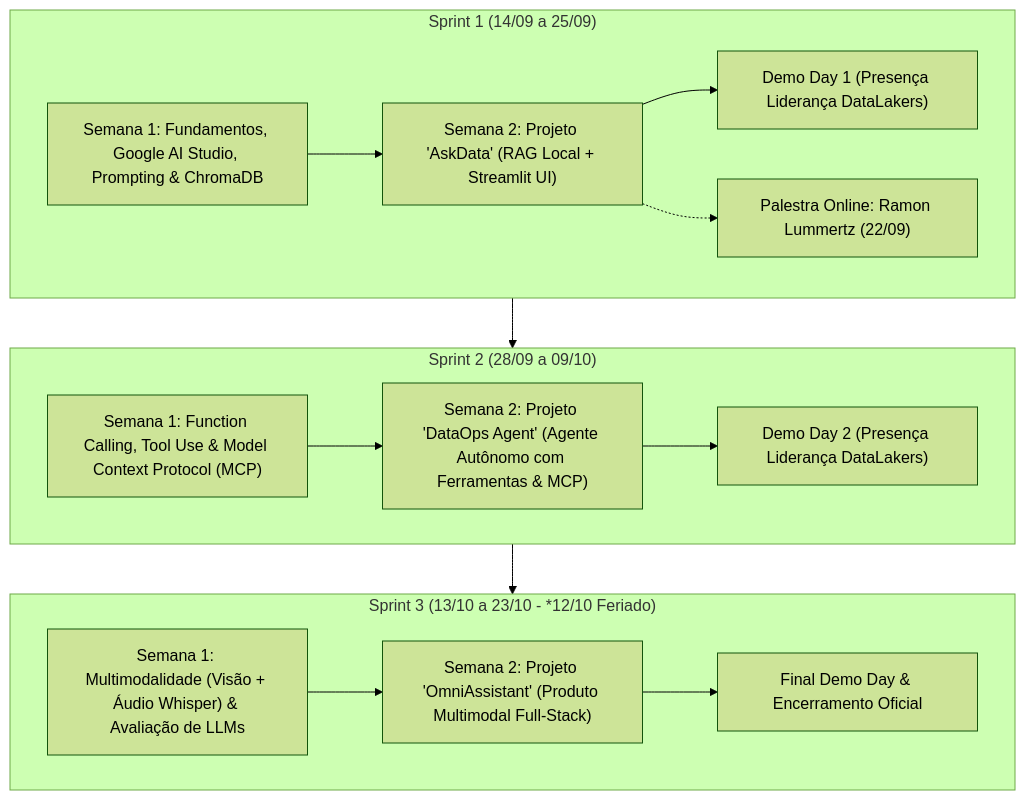
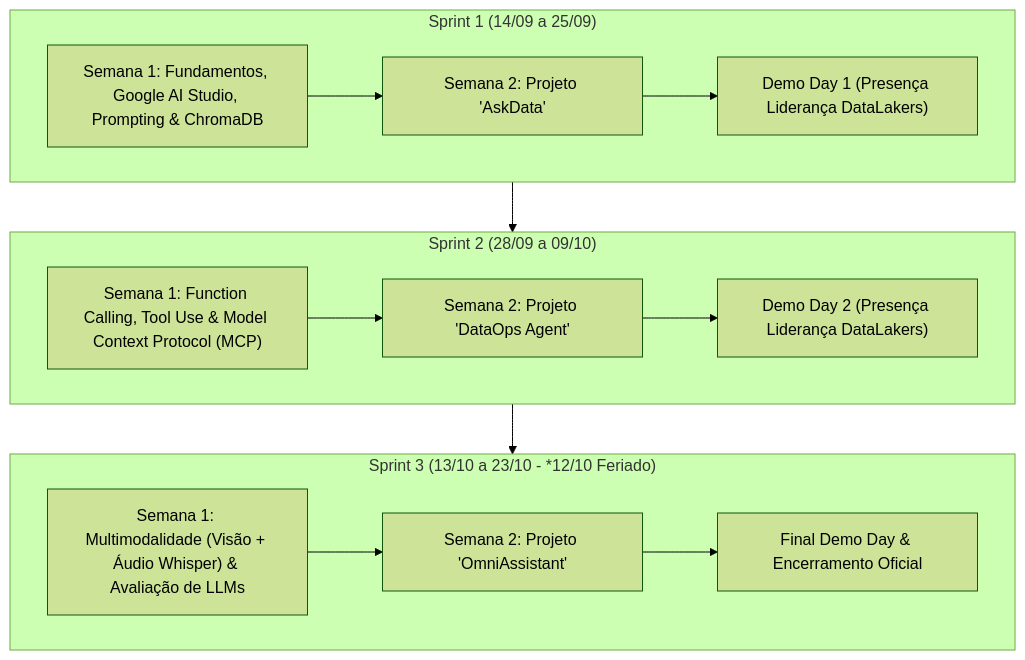
Before and after one commit to eduardo-de-bastiani/grupo-de-estudos-ia: the diagram in README.md, drawn with Mermaid (forest theme). The commit also changed other lines of this file, not shown here.

````diff
--- a/README.md
+++ b/README.md
@@ -22,27 +22,25 @@
 ```mermaid
 flowchart TD
     subgraph S1["Sprint 1 (14/09 a 25/09)"]
         S1W1["Semana 1: Fundamentos, Google AI Studio, Prompting & ChromaDB"]
-        S1W2["Semana 2: Projeto 'AskData' (RAG Local + Streamlit UI)"]
-        S1Special["Palestra Online: Ramon Lummertz (22/09)"]
+        S1W2["Semana 2: Projeto 'AskData'"]
         S1Demo["Demo Day 1 (Presença Liderança DataLakers)"]
         S1W1 --> S1W2 --> S1Demo
-        S1W2 -.-> S1Special
     end
 
     subgraph S2["Sprint 2 (28/09 a 09/10)"]
         S2W1["Semana 1: Function Calling, Tool Use & Model Context Protocol (MCP)"]
-        S2W2["Semana 2: Projeto 'DataOps Agent' (Agente Autônomo com Ferramentas & MCP)"]
+        S2W2["Semana 2: Projeto 'DataOps Agent'"]
         S2Demo["Demo Day 2 (Presença Liderança DataLakers)"]
         S2W1 --> S2W2 --> S2Demo
     end
 
     subgraph S3["Sprint 3 (13/10 a 23/10 - *12/10 Feriado)"]
         S3W1["Semana 1: Multimodalidade (Visão + Áudio Whisper) & Avaliação de LLMs"]
-        S3W2["Semana 2: Projeto 'OmniAssistant' (Produto Multimodal Full-Stack)"]
+        S3W2["Semana 2: Projeto 'OmniAssistant'"]
         S3Demo["Final Demo Day & Encerramento Oficial"]
         S3W1 --> S3W2 --> S3Demo
     end
 
     S1 --> S2 --> S3
 ```
````
